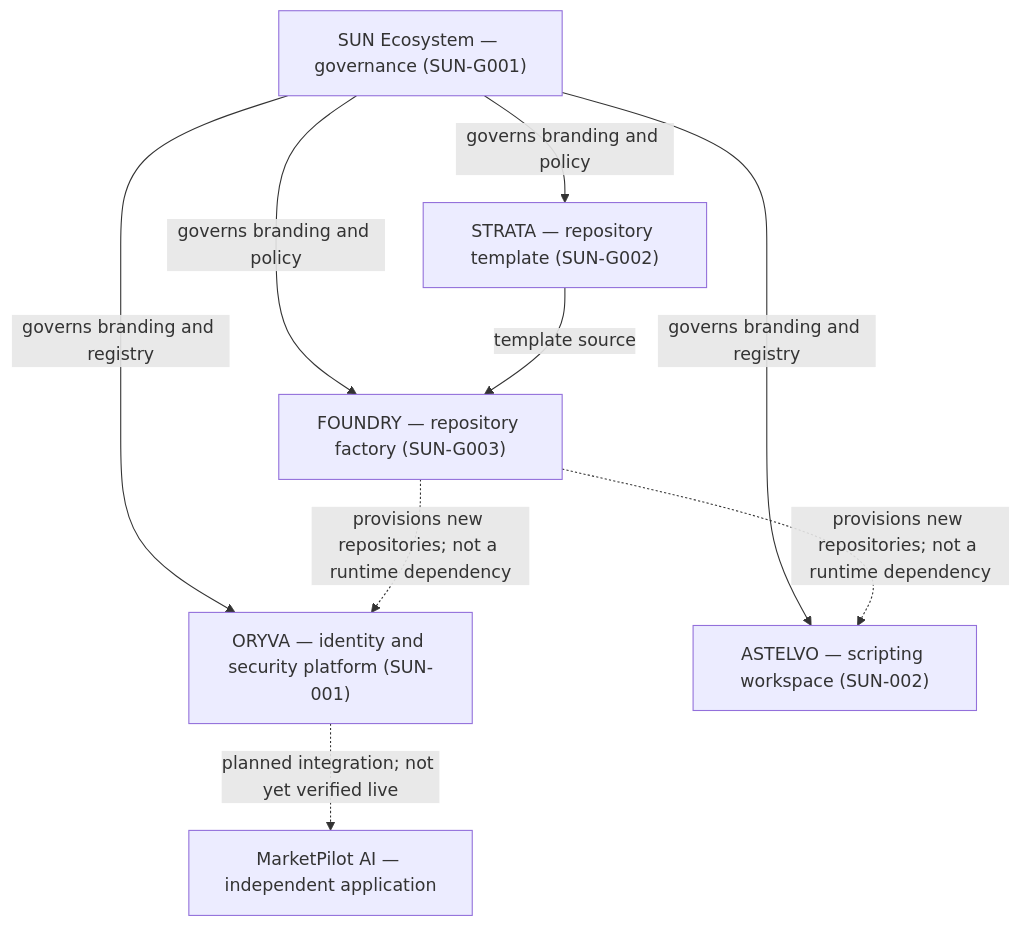
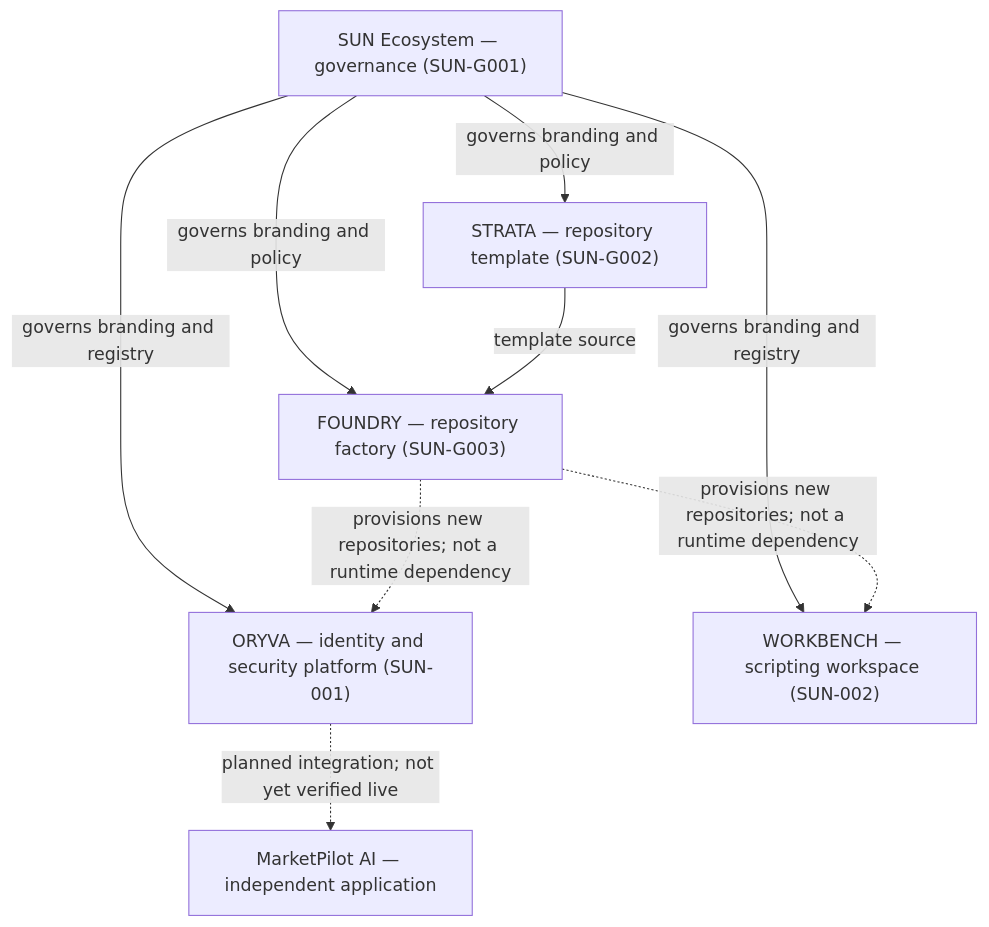
The diagram in docs/architecture/ECOSYSTEM-MAP.md (sunstriker2009/sun-ecosystem), drawn with Mermaid before and after one commit. The commit also changed other lines of this file and 15 other files, not shown here.

Commit message:
docs(branding): register WORKBENCH product identity and canonical symbol (#34)

````diff
--- a/docs/architecture/ECOSYSTEM-MAP.md
+++ b/docs/architecture/ECOSYSTEM-MAP.md
@@ -6,18 +6,18 @@
 ```mermaid
 flowchart TD
     SUN["SUN Ecosystem — governance (SUN-G001)"]
     STRATA["STRATA — repository template (SUN-G002)"]
     FOUNDRY["FOUNDRY — repository factory (SUN-G003)"]
     ORYVA["ORYVA — identity and security platform (SUN-001)"]
-    ASTELVO["ASTELVO — scripting workspace (SUN-002)"]
+    WORKBENCH["WORKBENCH — scripting workspace (SUN-002)"]
     MARKET["MarketPilot AI — independent application"]
 
     SUN -->|governs branding and policy| STRATA
     SUN -->|governs branding and policy| FOUNDRY
     SUN -->|governs branding and registry| ORYVA
-    SUN -->|governs branding and registry| ASTELVO
+    SUN -->|governs branding and registry| WORKBENCH
     STRATA -->|template source| FOUNDRY
     FOUNDRY -.->|provisions new repositories; not a runtime dependency| ORYVA
-    FOUNDRY -.->|provisions new repositories; not a runtime dependency| ASTELVO
+    FOUNDRY -.->|provisions new repositories; not a runtime dependency| WORKBENCH
     ORYVA -.->|planned integration; not yet verified live| MARKET
 ```
````
